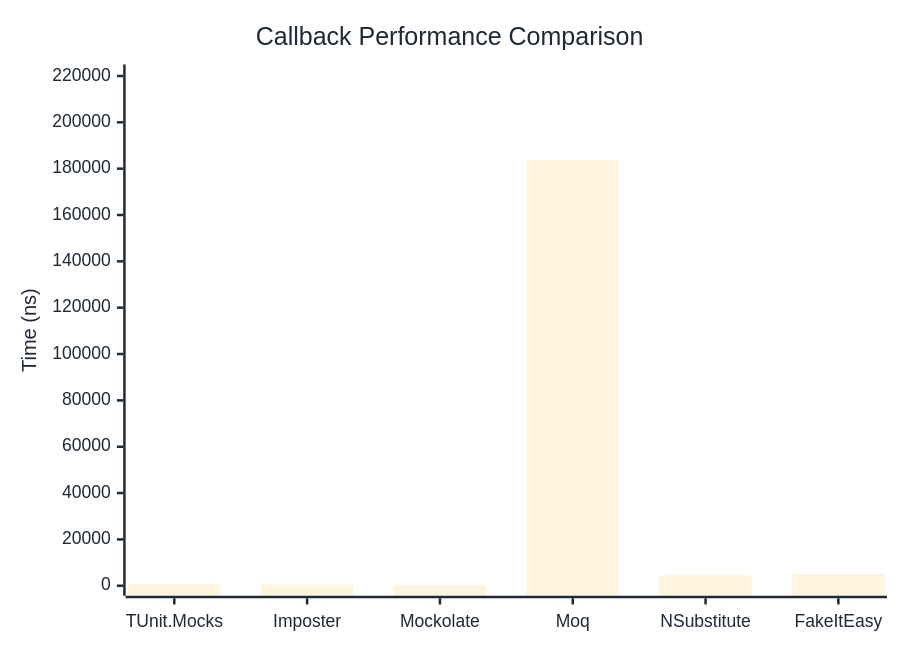
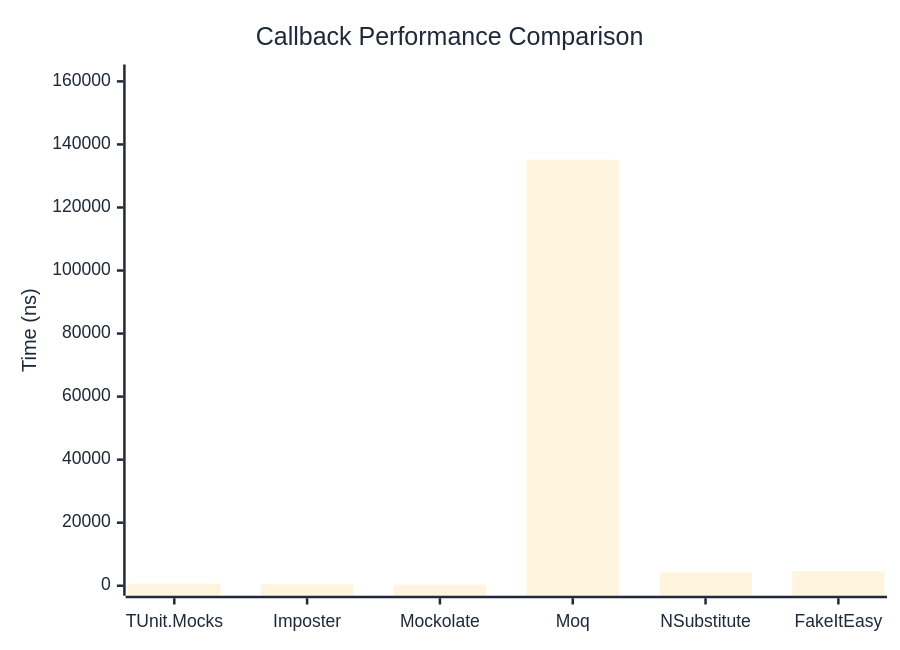
One commit to thomhurst/TUnit changed the first of 2 diagrams in docs/docs/benchmarks/mocks/Callback.md. Above: the diagram before and after it, drawn with Mermaid. The commit also changed other lines of this file and 14 other files, not shown here.

````diff
--- a/docs/docs/benchmarks/mocks/Callback.md
+++ b/docs/docs/benchmarks/mocks/Callback.md
@@ -30,27 +30,27 @@
 ```mermaid
 %%{init: {
   'theme':'base',
   'themeVariables': {
     'primaryColor': '#2563eb',
     'primaryTextColor': '#1f2937',
     'primaryBorderColor': '#1e40af',
     'lineColor': '#6b7280',
     'secondaryColor': '#7c3aed',
     'tertiaryColor': '#dc2626',
     'background': '#ffffff',
     'pie1': '#2563eb',
     'pie2': '#7c3aed',
     'pie3': '#dc2626',
     'pie4': '#f59e0b',
     'pie5': '#10b981',
     'pie6': '#06b6d4',
     'pie7': '#ec4899',
     'pie8': '#6366f1'
   }
 }}%%
 xychart-beta
   title "Callback Performance Comparison"
   x-axis ["TUnit.Mocks", "Imposter", "Mockolate", "Moq", "NSubstitute", "FakeItEasy"]
-  y-axis "Time (ns)" 0 --> 220634
-  bar [697.7, 469.3, 376.3, 183861.5, 4478.3, 5088.7]
+  y-axis "Time (ns)" 0 --> 162185
+  bar [642.5, 463.3, 359, 135153.8, 4216.8, 4614.5]
 ```
````
